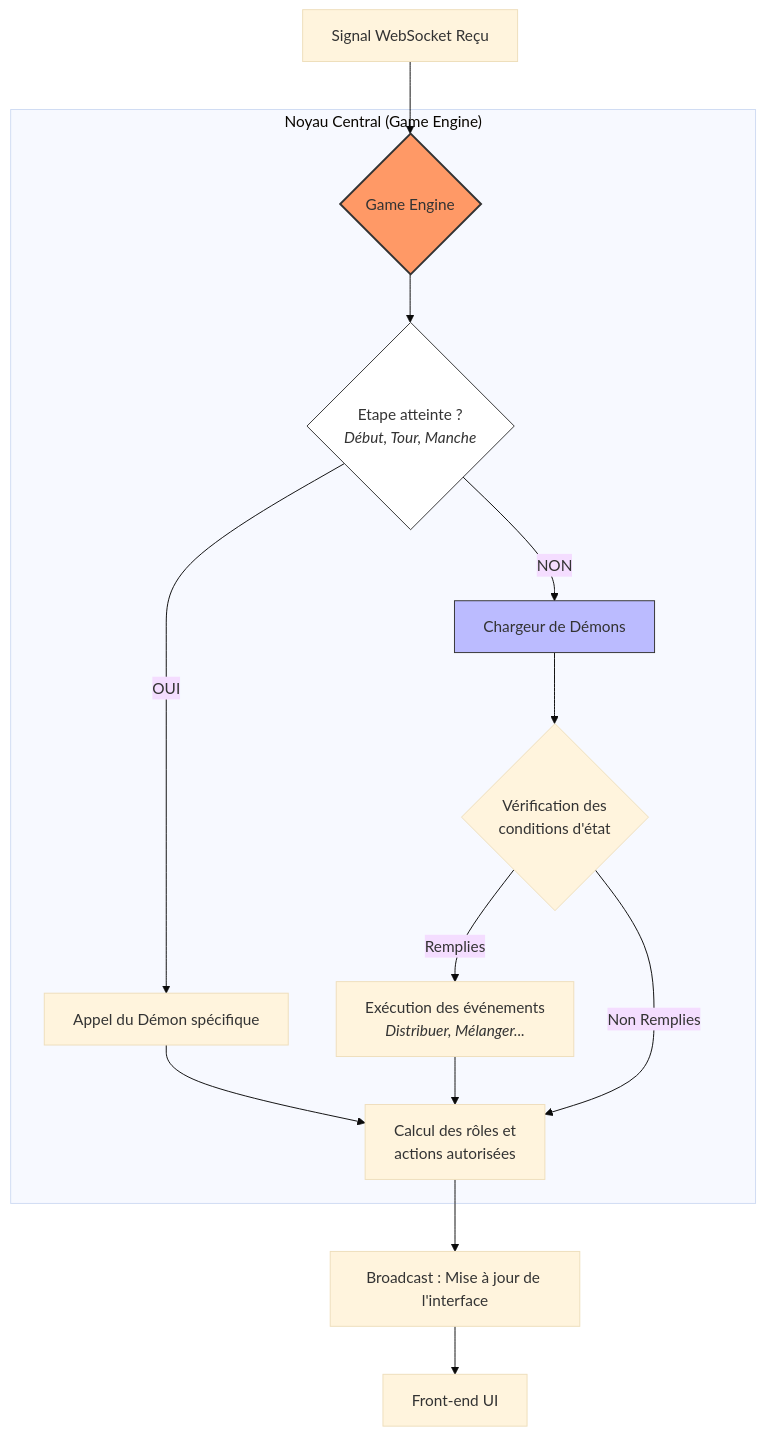
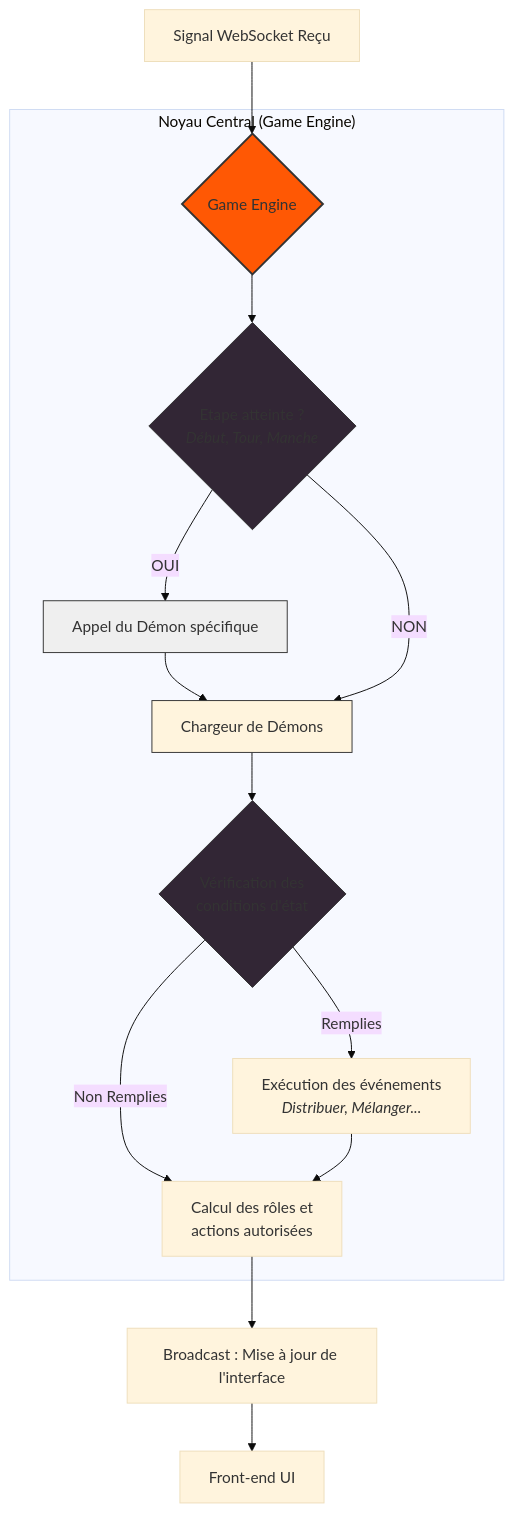
Before and after one commit to MeyDetour/CARDGames-websocket: the second of 2 diagrams in README.md, drawn with Mermaid (base theme).

Commit message:
Update README.md to refine game engine flow and enhance diagram styles

````diff
--- a/README.md
+++ b/README.md
@@ -104,32 +104,34 @@
 ```mermaid
 graph TD
     %% Entrée
     WS[Signal WebSocket Reçu] --> GE{Game Engine}
 
     subgraph "Noyau Central (Game Engine)"
         GE --> StepCheck{Etape atteinte ? <br/><i>Début, Tour, Manche</i>}
         
-        %% Branche Étapes Clés
+        %% Branche Étapes Spécifiques
         StepCheck -- OUI --> DemonSpecific[Appel du Démon spécifique]
         
-        %% Branche État Global
+        %% Convergence vers le Chargeur
+        DemonSpecific --> DemonLoader
         StepCheck -- NON --> DemonLoader[Chargeur de Démons]
+        
+        %% Logique des Démons d'état
         DemonLoader --> CheckCond{Vérification des <br/>conditions d'état}
         CheckCond -- Remplies --> ExecuteDemon[Exécution des événements <br/><i>Distribuer, Mélanger...</i>]
         CheckCond -- Non Remplies --> PlayerLogic
         
-        DemonSpecific --> PlayerLogic[Calcul des rôles et <br/>actions autorisées]
-        ExecuteDemon --> PlayerLogic
+        ExecuteDemon --> PlayerLogic[Calcul des rôles et <br/>actions autorisées]
     end
 
     %% Sortie
     PlayerLogic --> Broadcast[Broadcast : Mise à jour de l'interface]
     Broadcast --> Front[Front-end UI]
 
     %% Styles
-    style GE fill:#f96,stroke:#333,stroke-width:2px
-    style DemonLoader fill:#bbf,stroke:#333
-    style StepCheck fill:#fff,stroke:#333
-
-
+    style GE fill:#ff5804,stroke:#333,stroke-width:2px
+    style DemonLoader fill:##4d4dd5,stroke:#333
+    style StepCheck fill:#322635,stroke:#333
+    style CheckCond fill:#322635,stroke:#333
+    style DemonSpecific fill:#efefef,stroke:#333
 ```
````
